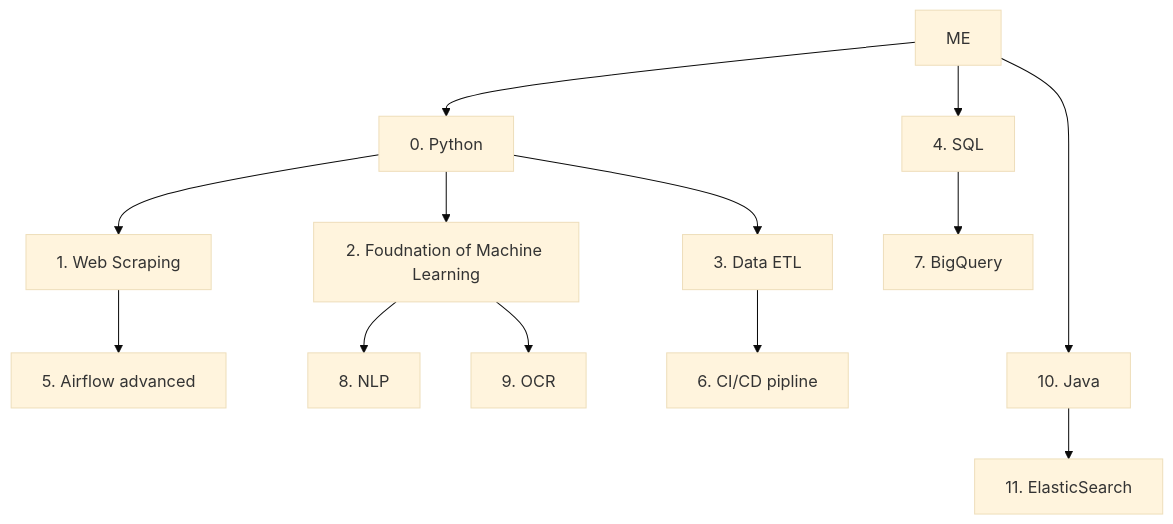
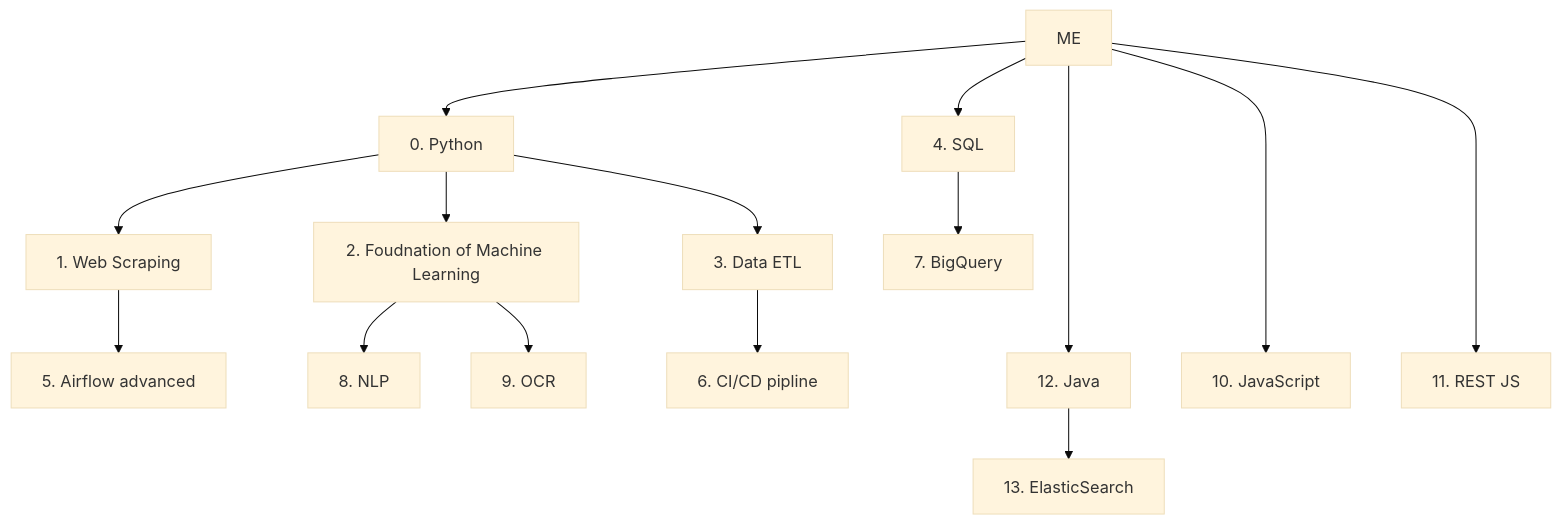
Before and after one commit to kenchudigital/learning-path: the diagram in README.md, drawn with Mermaid (base theme).

````diff
--- a/README.md
+++ b/README.md
@@ -4,17 +4,18 @@
 ```mermaid
   graph TD;
       Z[ME];
       Z --> A[0. Python];
       A --> B[1. Web Scraping]
       A --> C[2. Foudnation of Machine Learning]
       A --> D[3. Data ETL]
       Z --> H[4. SQL]
       D --> E[6. CI/CD pipline]
-      Z ----> F[10. Java]
+      Z ----> F[12. Java]
+      Z ----> M[10. JavaScript]
+      Z ----> N[11. REST JS]
       B --> G[5. Airflow advanced]
       H --> I[7. BigQuery]
       C --> J[8. NLP]
       C --> K[9. OCR]
-      F --> L[11. ElasticSearch]
-      
+      F --> L[13. ElasticSearch]
 ```
````
